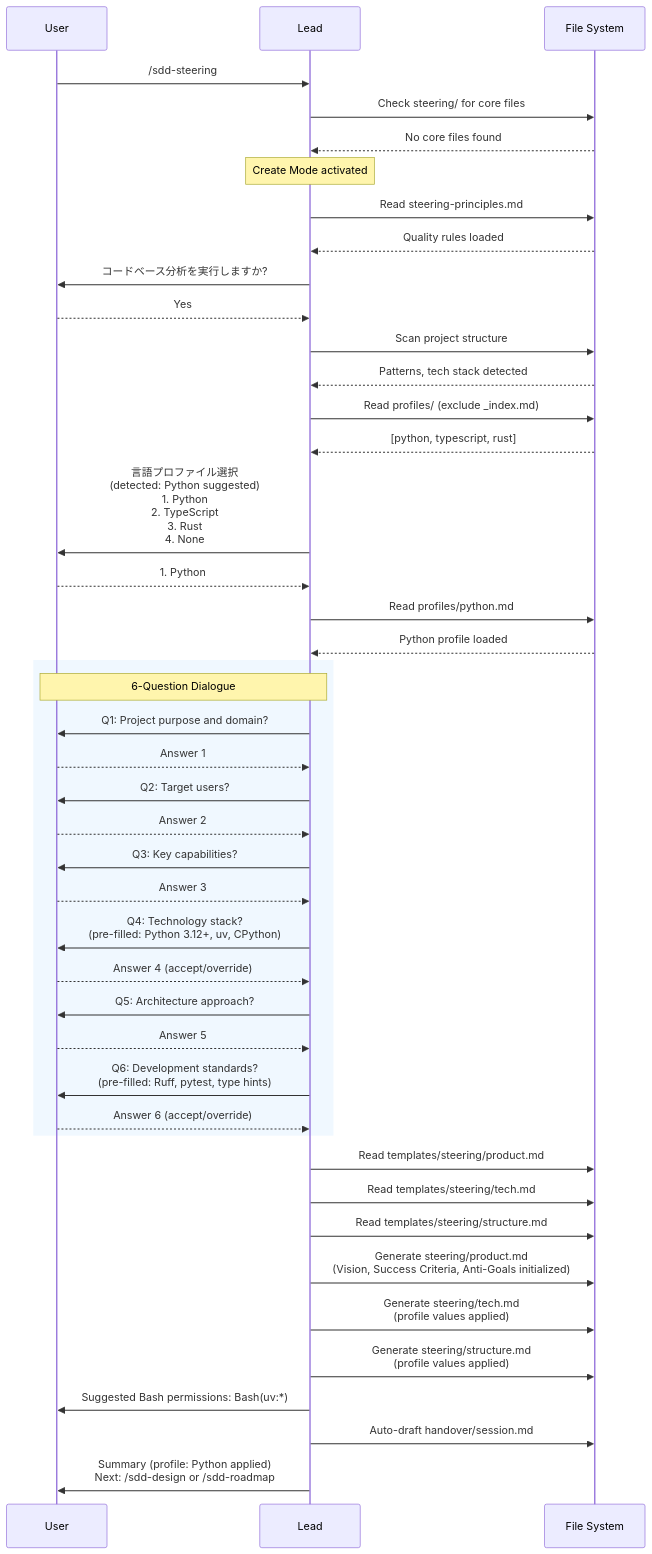
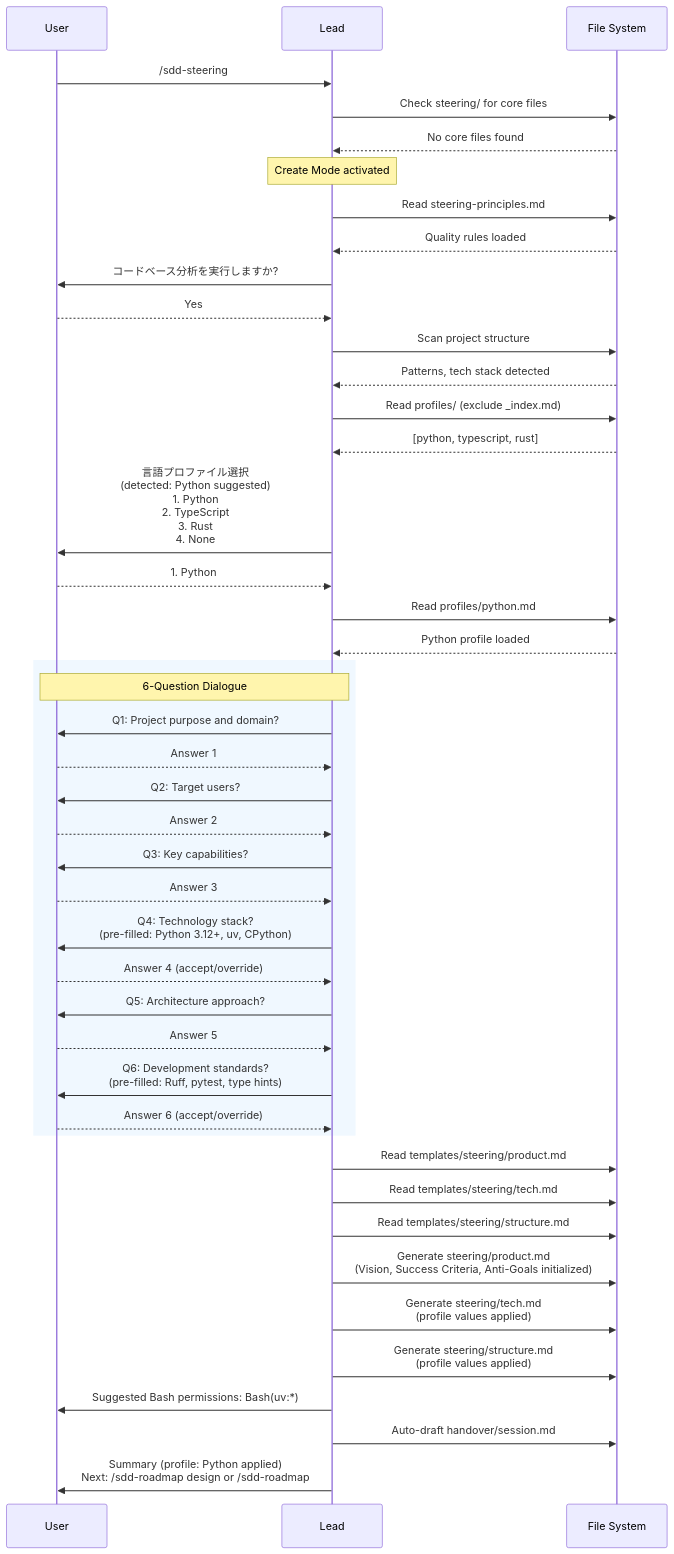
Before and after one commit to sync-dev-org/sync-sdd: the second of 5 diagrams in .claude/sdd/project/specs/steering-system/design.md, drawn with Mermaid. The commit also changed other lines of this file and 32 other files, not shown here.

````diff
--- a/.claude/sdd/project/specs/steering-system/design.md
+++ b/.claude/sdd/project/specs/steering-system/design.md
@@ -187,58 +187,58 @@
 ```mermaid
 sequenceDiagram
     participant U as User
     participant L as Lead
     participant FS as File System
 
     U->>L: /sdd-steering
     L->>FS: Check steering/ for core files
     FS-->>L: No core files found
 
     Note over L: Create Mode activated
 
     L->>FS: Read steering-principles.md
     FS-->>L: Quality rules loaded
 
     L->>U: コードベース分析を実行しますか?
     U-->>L: Yes
 
     L->>FS: Scan project structure
     FS-->>L: Patterns, tech stack detected
 
     L->>FS: Read profiles/ (exclude _index.md)
     FS-->>L: [python, typescript, rust]
 
     L->>U: 言語プロファイル選択<br/>(detected: Python suggested)<br/>1. Python<br/>2. TypeScript<br/>3. Rust<br/>4. None
     U-->>L: 1. Python
 
     L->>FS: Read profiles/python.md
     FS-->>L: Python profile loaded
 
     rect rgb(240, 248, 255)
         Note over L,U: 6-Question Dialogue
         L->>U: Q1: Project purpose and domain?
         U-->>L: Answer 1
         L->>U: Q2: Target users?
         U-->>L: Answer 2
         L->>U: Q3: Key capabilities?
         U-->>L: Answer 3
         L->>U: Q4: Technology stack?<br/>(pre-filled: Python 3.12+, uv, CPython)
         U-->>L: Answer 4 (accept/override)
         L->>U: Q5: Architecture approach?
         U-->>L: Answer 5
         L->>U: Q6: Development standards?<br/>(pre-filled: Ruff, pytest, type hints)
         U-->>L: Answer 6 (accept/override)
     end
 
     L->>FS: Read templates/steering/product.md
     L->>FS: Read templates/steering/tech.md
     L->>FS: Read templates/steering/structure.md
 
     L->>FS: Generate steering/product.md<br/>(Vision, Success Criteria, Anti-Goals initialized)
     L->>FS: Generate steering/tech.md<br/>(profile values applied)
     L->>FS: Generate steering/structure.md<br/>(profile values applied)
 
     L->>U: Suggested Bash permissions: Bash(uv:*)
     L->>FS: Auto-draft handover/session.md
-    L->>U: Summary (profile: Python applied)<br/>Next: /sdd-design or /sdd-roadmap
+    L->>U: Summary (profile: Python applied)<br/>Next: /sdd-roadmap design or /sdd-roadmap
 ```
````
